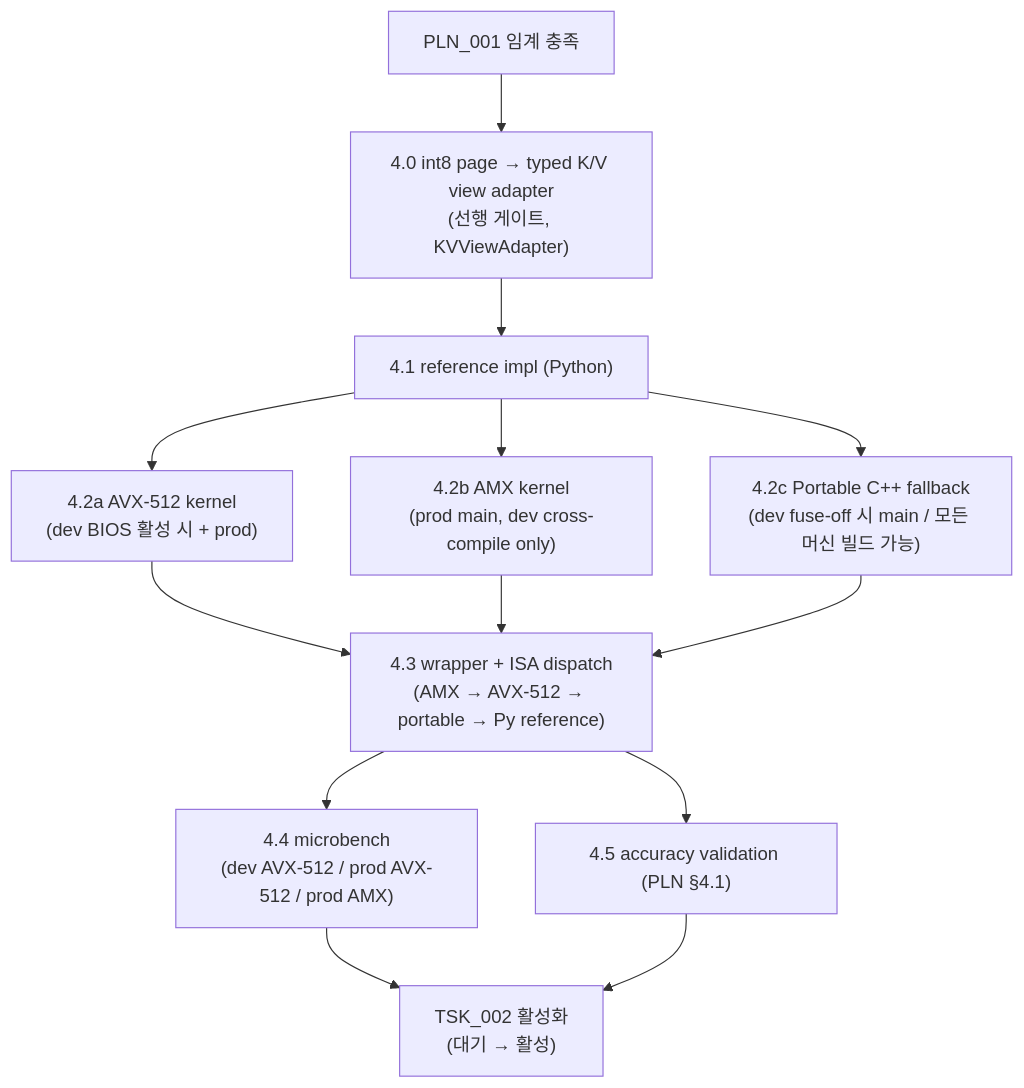
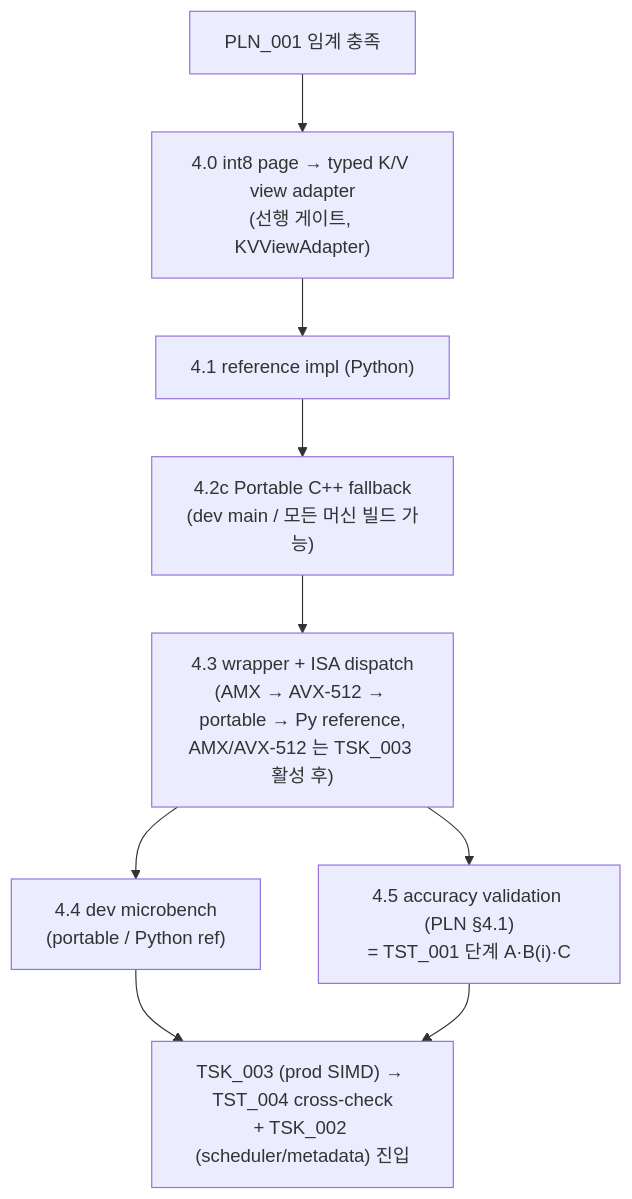
The diagram in shadow_assists/features/IDE_006/TSK_001.md (mystous/vllm_hybrid), drawn with Mermaid before and after one commit. The commit also changed other lines of this file and 10 other files, not shown here.

First line of the commit message:
docs(IDE_006): split TSK_003/TST_004 for 1:1 TSK↔TST mapping

````diff
--- a/shadow_assists/features/IDE_006/TSK_001.md
+++ b/shadow_assists/features/IDE_006/TSK_001.md
@@ -130,16 +131,12 @@
 ```mermaid
 flowchart TB
     P["PLN_001 임계 충족"]
     P --> A0["4.0 int8 page → typed K/V view adapter<br/>(선행 게이트, KVViewAdapter)"]
     A0 --> R["4.1 reference impl (Python)"]
-    R --> K1["4.2a AVX-512 kernel<br/>(dev BIOS 활성 시 + prod)"]
-    R --> K2["4.2b AMX kernel<br/>(prod main, dev cross-compile only)"]
-    R --> K3["4.2c Portable C++ fallback<br/>(dev fuse-off 시 main / 모든 머신 빌드 가능)"]
-    K1 --> W["4.3 wrapper + ISA dispatch<br/>(AMX → AVX-512 → portable → Py reference)"]
-    K2 --> W
-    K3 --> W
-    W --> M["4.4 microbench<br/>(dev AVX-512 / prod AVX-512 / prod AMX)"]
-    W --> A["4.5 accuracy validation (PLN §4.1)"]
-    M --> D2["TSK_002 활성화<br/>(대기 → 활성)"]
+    R --> K3["4.2c Portable C++ fallback<br/>(dev main / 모든 머신 빌드 가능)"]
+    K3 --> W["4.3 wrapper + ISA dispatch<br/>(AMX → AVX-512 → portable → Py reference,<br/>AMX/AVX-512 는 TSK_003 활성 후)"]
+    W --> M["4.4 dev microbench<br/>(portable / Python ref)"]
+    W --> A["4.5 accuracy validation (PLN §4.1)<br/>= TST_001 단계 A·B(i)·C"]
+    M --> D2["TSK_003 (prod SIMD) → TST_004 cross-check<br/>+ TSK_002 (scheduler/metadata) 진입"]
     A --> D2
 ```
````
